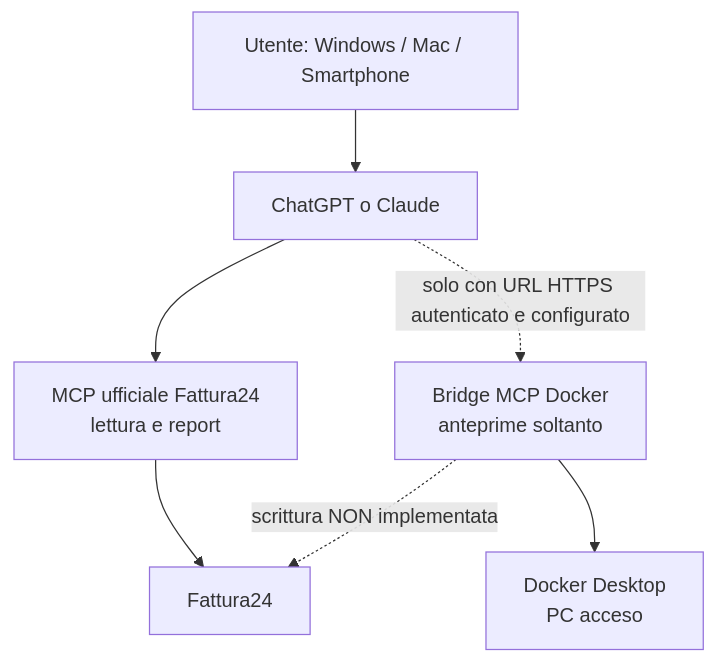
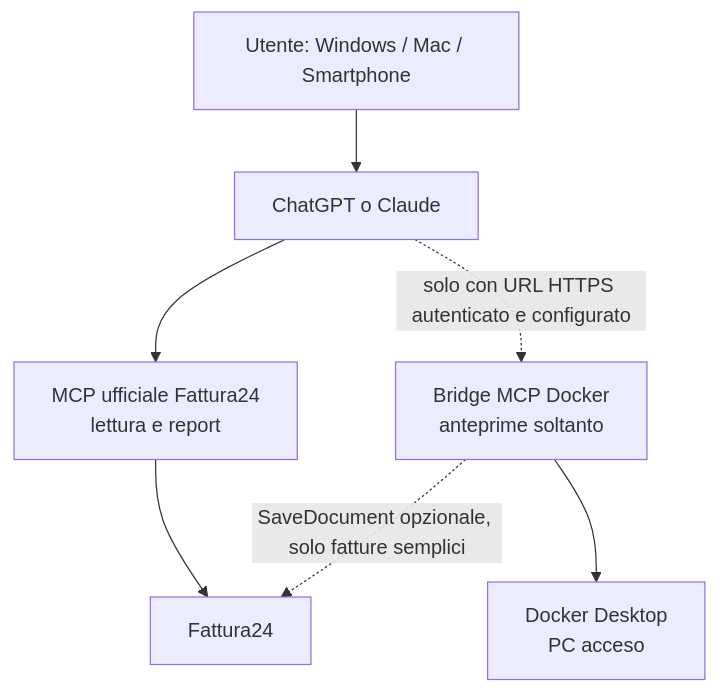
Before and after one commit to gzileni/https-www.fattura24.com-mcp-perche-usarlo-: the diagram in README.md, drawn with Mermaid. The commit also changed other lines of this file, not shown here.

````diff
--- a/README.md
+++ b/README.md
@@ -32,9 +32,9 @@
 ```mermaid
 flowchart TD
     U["Utente: Windows / Mac / Smartphone"] --> AI["ChatGPT o Claude"]
     AI --> O["MCP ufficiale Fattura24\nlettura e report"]
     AI -. "solo con URL HTTPS autenticato e configurato" .-> B["Bridge MCP Docker\nanteprime soltanto"]
     B --> D["Docker Desktop\nPC acceso"]
     O --> F["Fattura24"]
-    B -. "scrittura NON implementata" .-> F
+    B -. "SaveDocument opzionale, solo fatture semplici" .-> F
 ```
````
